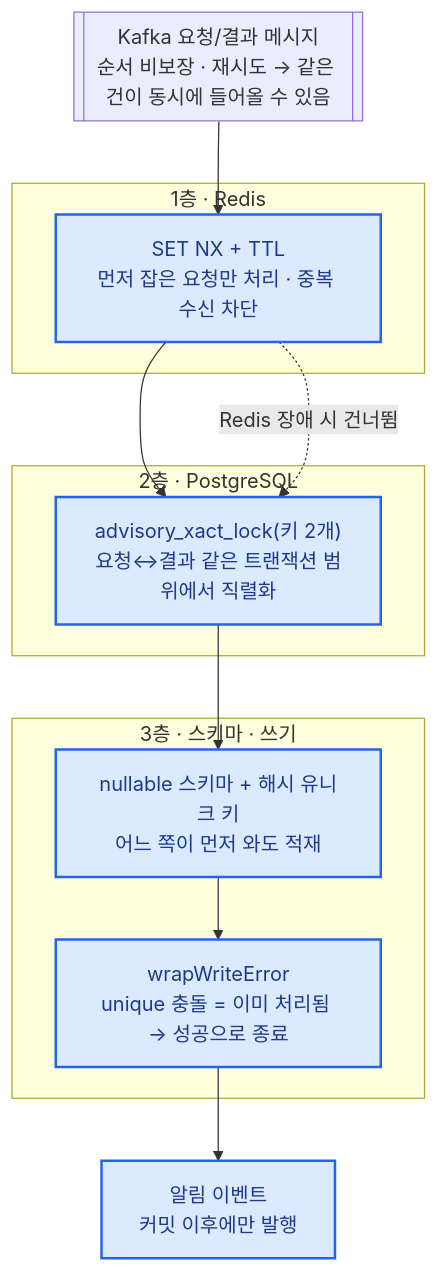
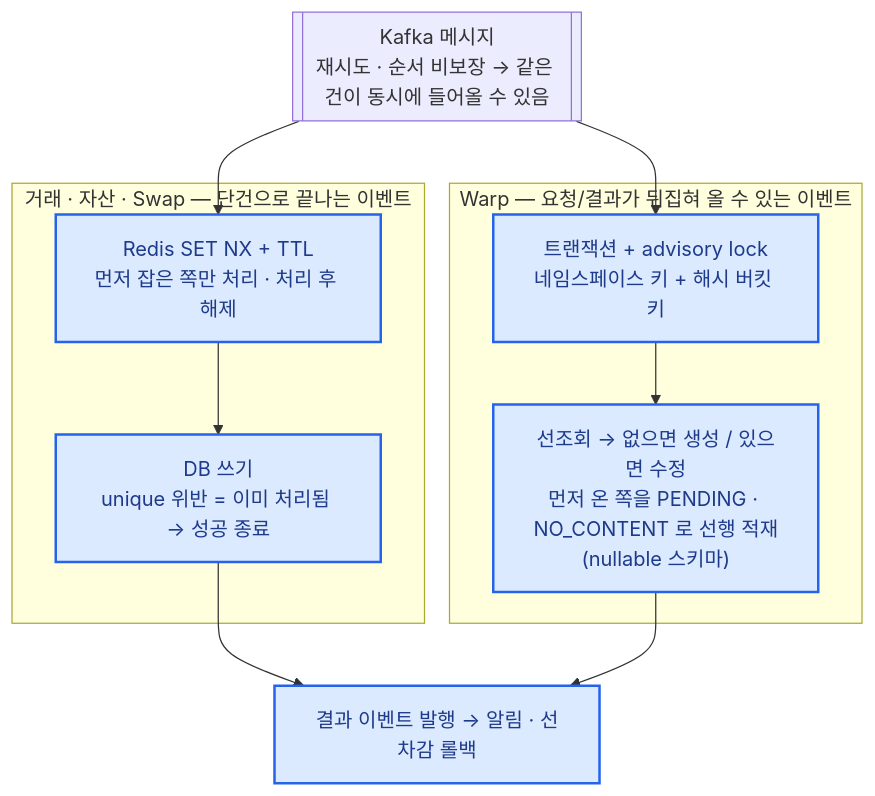
The diagram in content/diagrams/activity-lock.mmd (shalwxy/career), drawn with Mermaid before and after one commit. The commit also changed 30 other files, not shown here.

```diff
--- a/content/diagrams/activity-lock.mmd
+++ b/content/diagrams/activity-lock.mmd
@@ -1,19 +1,21 @@
-%% title: 동시 적재 정합성 — 세 층의 방어
-%% title_en: Concurrent ingestion — three layers of defence
+%% title: 동시 적재 정합성 — 이벤트 종류별 방어
+%% title_en: Concurrent ingestion — defence per event type
 flowchart TB
-    K[["Kafka 요청/결과 메시지<br/>순서 비보장 · 재시도 → 같은 건이 동시에 들어올 수 있음"]]
-    subgraph L1["1층 · Redis"]
-        R["SET NX + TTL<br/>먼저 잡은 요청만 처리 · 중복 수신 차단"]
+    K[["Kafka 메시지<br/>재시도 · 순서 비보장 → 같은 건이 동시에 들어올 수 있음"]]
+    subgraph A["거래 · 자산 · Swap — 단건으로 끝나는 이벤트"]
+        R["Redis SET NX + TTL<br/>먼저 잡은 쪽만 처리 · 처리 후 해제"]
+        W1["DB 쓰기<br/>unique 위반 = 이미 처리됨 → 성공 종료"]
+        R --> W1
     end
-    subgraph L2["2층 · PostgreSQL"]
-        P["advisory_xact_lock(키 2개)<br/>요청↔결과 같은 트랜잭션 범위에서 직렬화"]
+    subgraph B["Warp — 요청/결과가 뒤집혀 올 수 있는 이벤트"]
+        P["트랜잭션 + advisory lock<br/>네임스페이스 키 + 해시 버킷 키"]
+        S["선조회 → 없으면 생성 / 있으면 수정<br/>먼저 온 쪽을 PENDING · NO_CONTENT 로 선행 적재<br/>(nullable 스키마)"]
+        P --> S
     end
-    subgraph L3["3층 · 스키마 · 쓰기"]
-        S["nullable 스키마 + 해시 유니크 키<br/>어느 쪽이 먼저 와도 적재"]
-        W["wrapWriteError<br/>unique 충돌 = 이미 처리됨 → 성공으로 종료"]
-    end
-    N["알림 이벤트<br/>커밋 이후에만 발행"]
-    K --> R --> P --> S --> W --> N
-    R -. Redis 장애 시 건너뜀 .-> P
+    N["결과 이벤트 발행 → 알림 · 선차감 롤백"]
+    K --> R
+    K --> P
+    W1 --> N
+    S --> N
     classDef mine fill:#dbeafe,stroke:#2563eb,stroke-width:2px,color:#1e3a8a
-    class R,P,S,W,N mine
+    class R,W1,P,S,N mine
```
